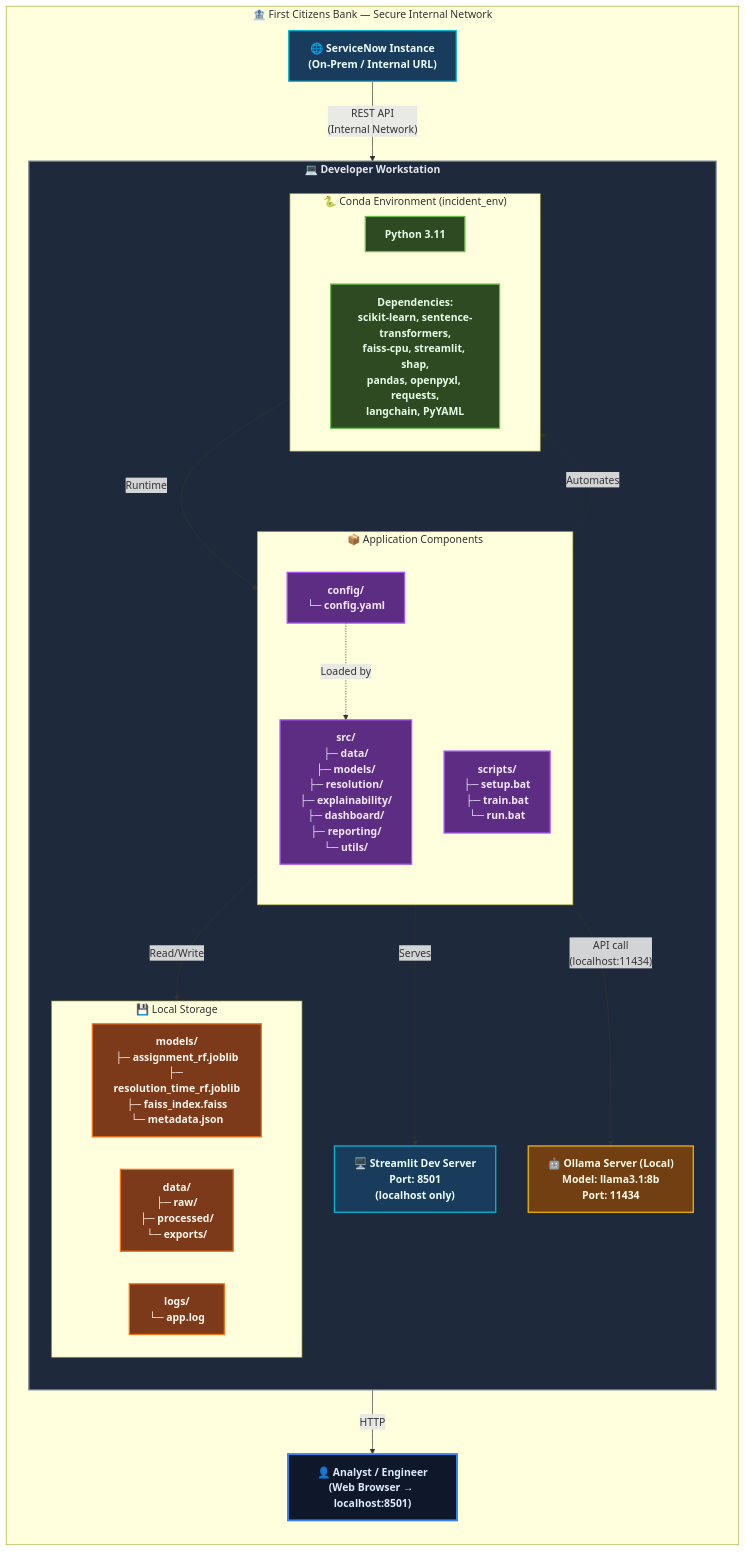
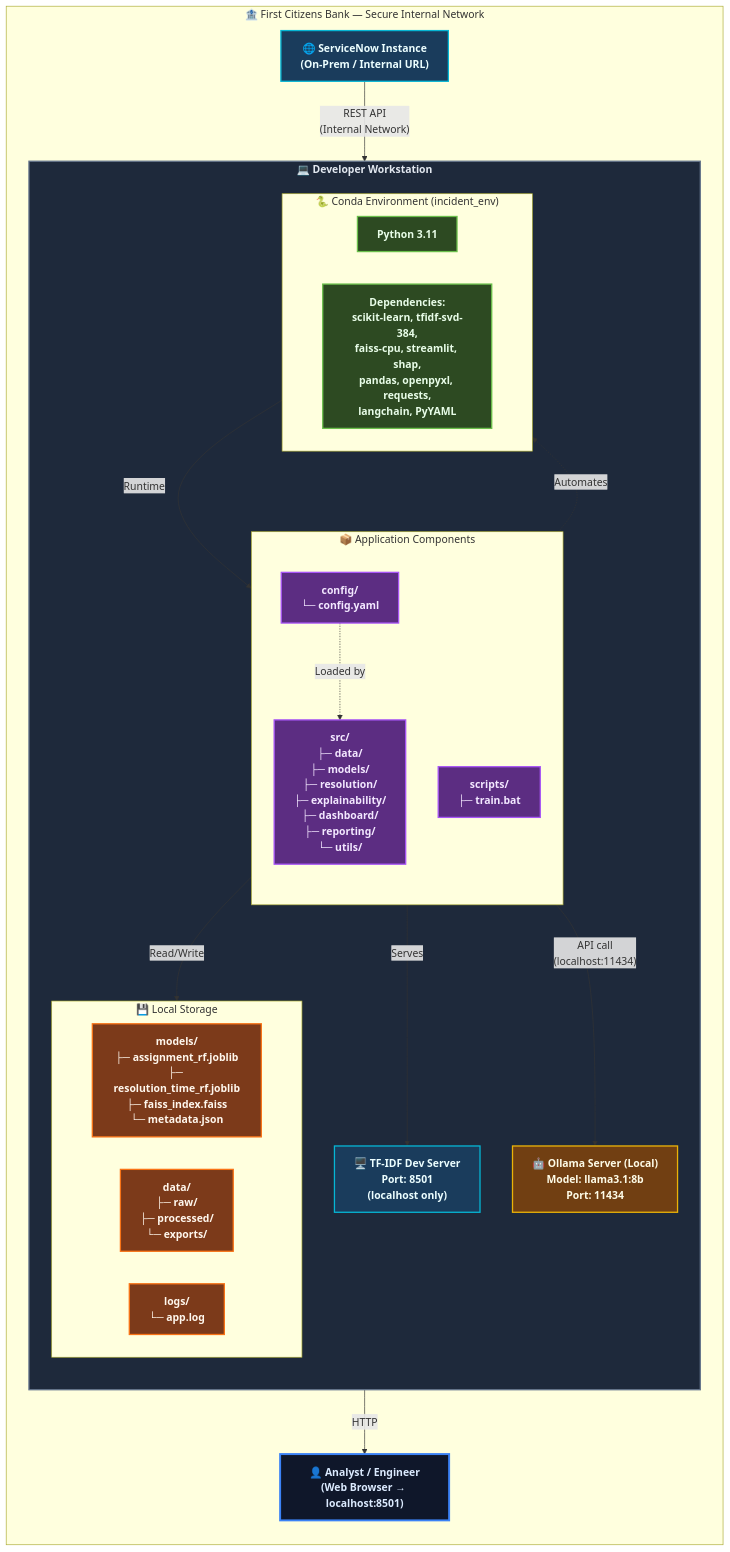
One commit to anshsingh1121/ML changed the fourth of 4 diagrams in docs/diagrams/architecture_v1.md. Above: the diagram before and after it, drawn with Mermaid. The commit also changed other lines of this file and 60 other files, not shown here.

Commit message:
Refactor: Deep cleanup, remove HPO and legacy code, consolidate CatBoost architecture

````diff
--- a/docs/diagrams/architecture_v1.md
+++ b/docs/diagrams/architecture_v1.md
@@ -314,76 +314,76 @@
 ```mermaid
 graph TB
     %% ── Styling ──────────────────────────────────────────────
     classDef network     fill:#0f172a,stroke:#3b82f6,stroke-width:3px,color:#dbeafe,font-weight:bold
     classDef workstation fill:#1e293b,stroke:#64748b,stroke-width:2px,color:#e2e8f0,font-weight:bold
     classDef conda       fill:#2d4a22,stroke:#6abf4b,stroke-width:2px,color:#e8fde8,font-weight:bold
     classDef appcomp     fill:#5c2d82,stroke:#a855f7,stroke-width:2px,color:#f3e8ff,font-weight:bold
     classDef storage     fill:#7c3a1a,stroke:#f97316,stroke-width:2px,color:#fff7ed,font-weight:bold
     classDef external    fill:#1a3c5c,stroke:#06b6d4,stroke-width:2px,color:#ecfeff,font-weight:bold
     classDef ollama      fill:#713f12,stroke:#eab308,stroke-width:2px,color:#fefce8,font-weight:bold
 
     %% ── Bank Network Boundary ────────────────────────────────
     subgraph BANK["🏦 First Citizens Bank — Secure Internal Network"]
         direction TB
 
         %% ── ServiceNow (internal) ────────────────────────────
         SNOW["🌐 ServiceNow Instance\n(On-Prem / Internal URL)"]
 
         %% ── Developer Workstation ────────────────────────────
         subgraph WS["💻 Developer Workstation"]
             direction TB
 
             %% ── Conda Environment ────────────────────────────
             subgraph CONDA["🐍 Conda Environment (incident_env)"]
                 direction LR
                 PY["Python 3.11"]
-                DEPS["Dependencies:\nscikit-learn, sentence-transformers,\nfaiss-cpu, streamlit, shap,\npandas, openpyxl, requests,\nlangchain, PyYAML"]
+                DEPS["Dependencies:\nscikit-learn, tfidf-svd-384,\nfaiss-cpu, streamlit, shap,\npandas, openpyxl, requests,\nlangchain, PyYAML"]
             end
 
             %% ── Application Components ───────────────────────
             subgraph APP["📦 Application Components"]
                 direction TB
                 SRC_CODE["src/\n├─ data/\n├─ models/\n├─ resolution/\n├─ explainability/\n├─ dashboard/\n├─ reporting/\n└─ utils/"]
                 CFG_FILE["config/\n└─ config.yaml"]
-                SCRIPTS["scripts/\n├─ setup.bat\n├─ train.bat\n└─ run.bat"]
+                SCRIPTS["scripts/\n├─ train.bat\n"]
             end
 
             %% ── Ollama (optional, local) ─────────────────────
             OLL["🤖 Ollama Server (Local)\nModel: llama3.1:8b\nPort: 11434"]
 
-            %% ── Streamlit Server ─────────────────────────────
-            STR["🖥️ Streamlit Dev Server\nPort: 8501\n(localhost only)"]
+            %% ── TF-IDF Server ─────────────────────────────
+            STR["🖥️ TF-IDF Dev Server\nPort: 8501\n(localhost only)"]
 
             %% ── Local Storage ────────────────────────────────
             subgraph STORE["💾 Local Storage"]
                 direction LR
                 S_MODELS["models/\n├─ assignment_rf.joblib\n├─ resolution_time_rf.joblib\n├─ faiss_index.faiss\n└─ metadata.json"]
                 S_DATA["data/\n├─ raw/\n├─ processed/\n└─ exports/"]
                 S_LOGS["logs/\n└─ app.log"]
             end
         end
 
         %% ── User Access ──────────────────────────────────────
         USER_BR["👤 Analyst / Engineer\n(Web Browser → localhost:8501)"]
     end
 
     %% ── Flows ────────────────────────────────────────────────
     SNOW -->|"REST API\n(Internal Network)"| SRC_CODE
     CONDA -->|"Runtime"| APP
     SRC_CODE -->|"Read/Write"| STORE
     SRC_CODE -->|"Serves"| STR
     SRC_CODE -->|"API call\n(localhost:11434)"| OLL
     STR -->|"HTTP"| USER_BR
     CFG_FILE -.->|"Loaded by"| SRC_CODE
     SCRIPTS -.->|"Automates"| CONDA
 
     %% ── Apply styles ─────────────────────────────────────────
     class SNOW external
     class WS workstation
     class PY,DEPS conda
     class SRC_CODE,CFG_FILE,SCRIPTS appcomp
     class S_MODELS,S_DATA,S_LOGS storage
     class OLL ollama
     class STR external
     class USER_BR network
 ```
````
